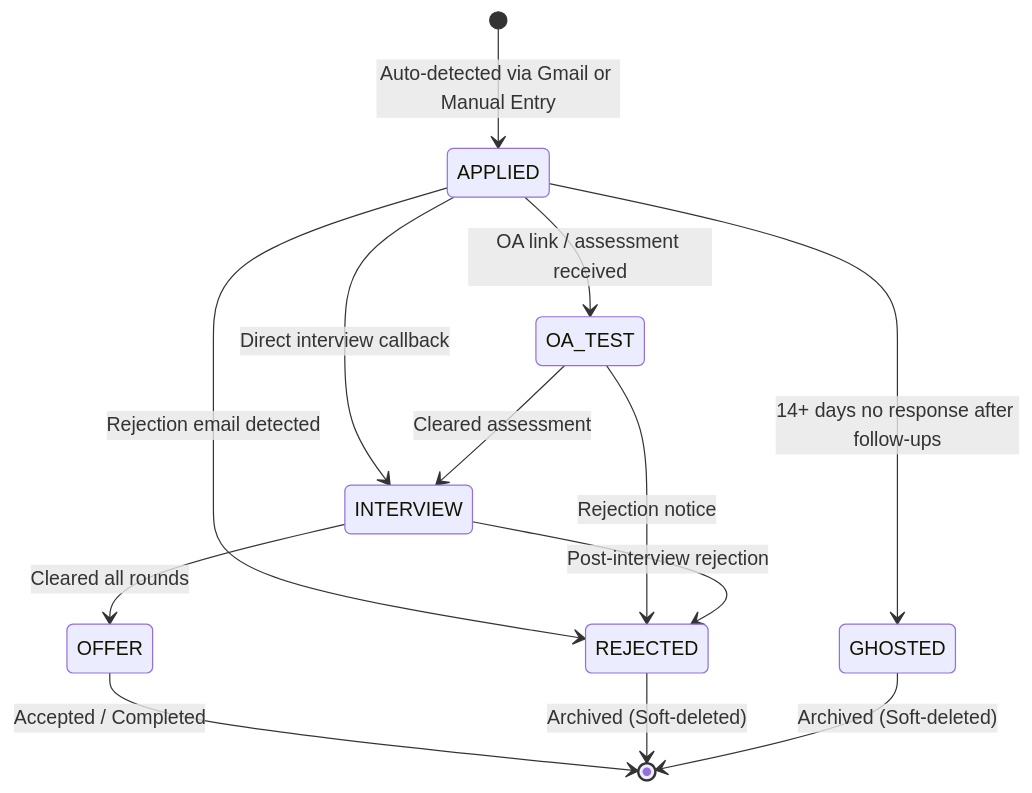
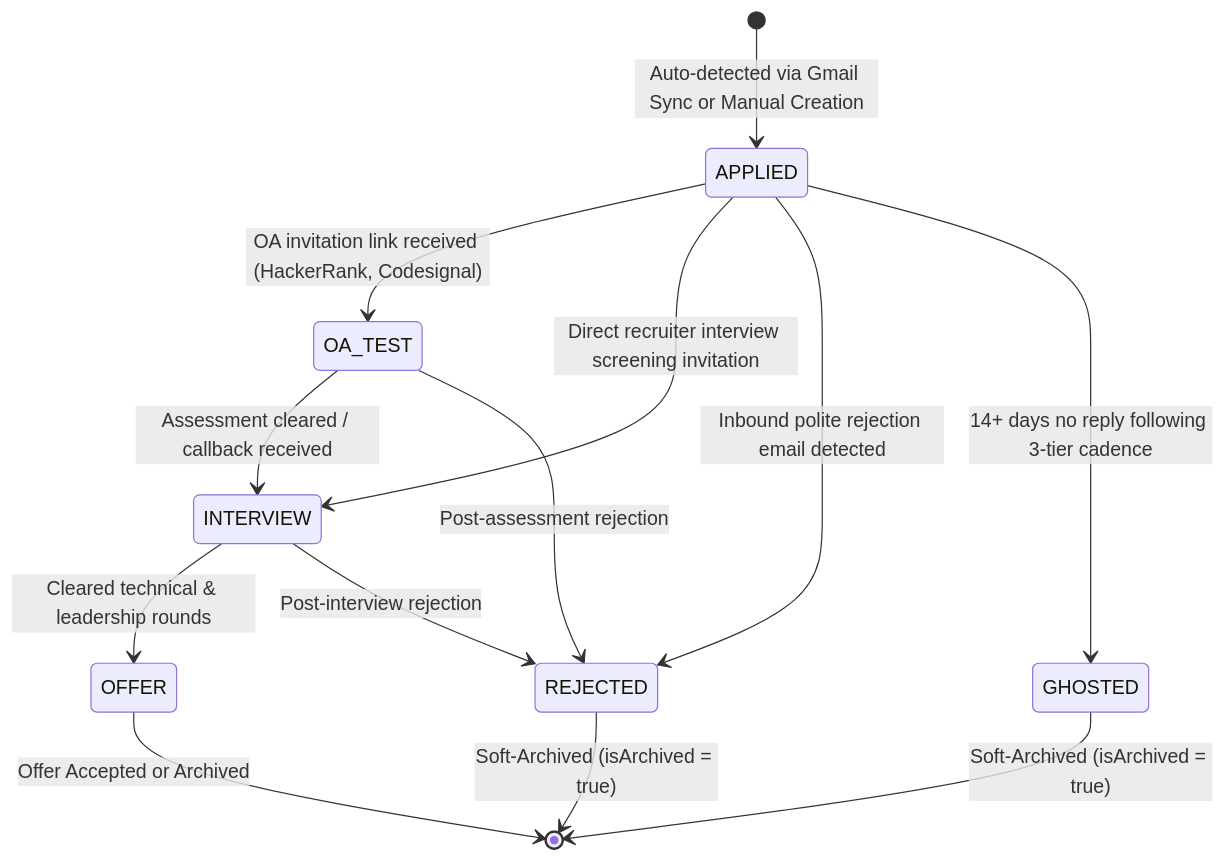
The fourth of 7 diagrams in ARCHITECTURE.md (LalitWagh34/ApplyTrack), drawn with Mermaid before and after one commit. The commit also changed other lines of this file and 1 other file, not shown here.

Commit message:
docs: modernize README and ARCHITECTURE with Phase 2 specs and PubSub route

````diff
--- a/ARCHITECTURE.md
+++ b/ARCHITECTURE.md
@@ -183,19 +227,19 @@
 ```mermaid
 stateDiagram-v2
-    [*] --> APPLIED : Auto-detected via Gmail or Manual Entry
+    [*] --> APPLIED : Auto-detected via Gmail Sync or Manual Creation
 
-    APPLIED --> OA_TEST : OA link / assessment received
-    APPLIED --> INTERVIEW : Direct interview callback
-    APPLIED --> GHOSTED : 14+ days no response after follow-ups
-    APPLIED --> REJECTED : Rejection email detected
+    APPLIED --> OA_TEST : OA invitation link received (HackerRank, Codesignal)
+    APPLIED --> INTERVIEW : Direct recruiter interview screening invitation
+    APPLIED --> REJECTED : Inbound polite rejection email detected
+    APPLIED --> GHOSTED : 14+ days no reply following 3-tier cadence
 
-    OA_TEST --> INTERVIEW : Cleared assessment
-    OA_TEST --> REJECTED : Rejection notice
+    OA_TEST --> INTERVIEW : Assessment cleared / callback received
+    OA_TEST --> REJECTED : Post-assessment rejection
 
-    INTERVIEW --> OFFER : Cleared all rounds
+    INTERVIEW --> OFFER : Cleared technical & leadership rounds
     INTERVIEW --> REJECTED : Post-interview rejection
 
-    OFFER --> [*] : Accepted / Completed
-    REJECTED --> [*] : Archived (Soft-deleted)
-    GHOSTED --> [*] : Archived (Soft-deleted)
+    OFFER --> [*] : Offer Accepted or Archived
+    REJECTED --> [*] : Soft-Archived (isArchived = true)
+    GHOSTED --> [*] : Soft-Archived (isArchived = true)
 ```
````
